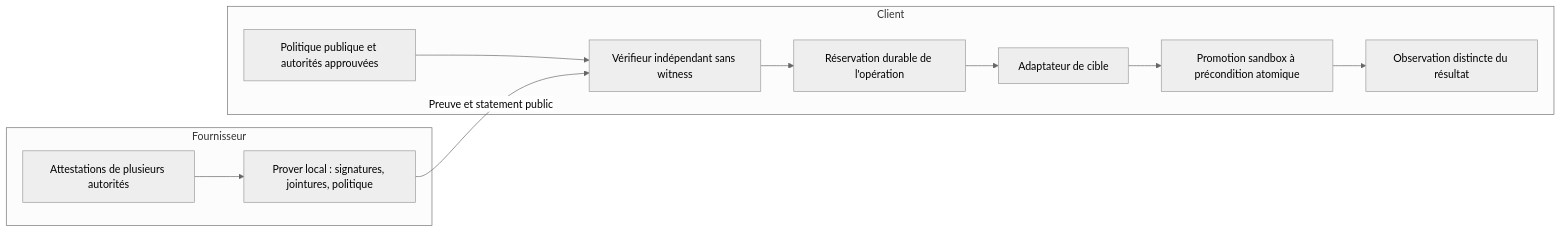
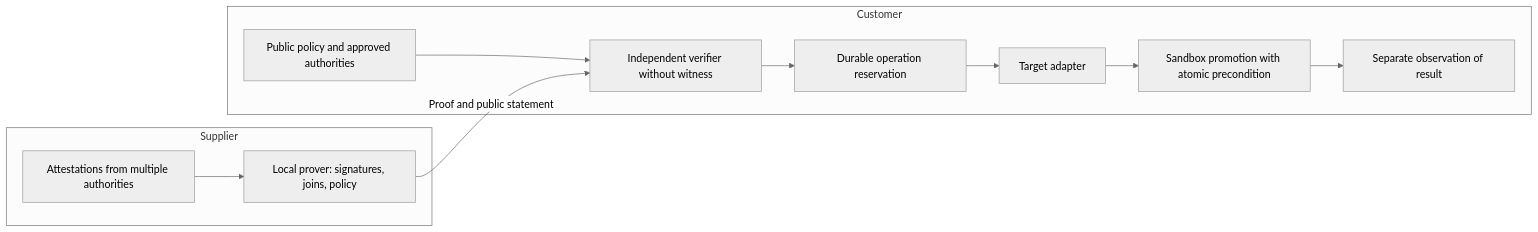
The diagram in docs/06-MARKET-NICHE-AND-CHALLENGE.md (m4tth1euNa0p1c/ZK-agentiK), drawn with Mermaid (neutral theme) before and after one commit. The commit also changed other lines of this file and 51 other files, not shown here.

````diff
--- a/docs/06-MARKET-NICHE-AND-CHALLENGE.md
+++ b/docs/06-MARKET-NICHE-AND-CHALLENGE.md
@@ -104,14 +102,14 @@
 ```mermaid
 flowchart LR
-  subgraph Fournisseur
-    S[Attestations de plusieurs autorités] --> P[Prover local : signatures, jointures, politique]
+  subgraph Supplier
+    S[Attestations from multiple authorities] --> P[Local prover: signatures, joins, policy]
   end
-  subgraph Client
-    T[Politique publique et autorités approuvées] --> V[Vérifieur indépendant sans witness]
-    V --> D[Réservation durable de l'opération]
-    D --> A[Adaptateur de cible]
-    A --> C[Promotion sandbox à précondition atomique]
-    C --> O[Observation distincte du résultat]
+  subgraph Customer
+    T[Public policy and approved authorities] --> V[Independent verifier without witness]
+    V --> D[Durable operation reservation]
+    D --> A[Target adapter]
+    A --> C[Sandbox promotion with atomic precondition]
+    C --> O[Separate observation of result]
   end
-  P -->|Preuve et statement public| V
+  P -->|Proof and public statement| V
 ```
````
